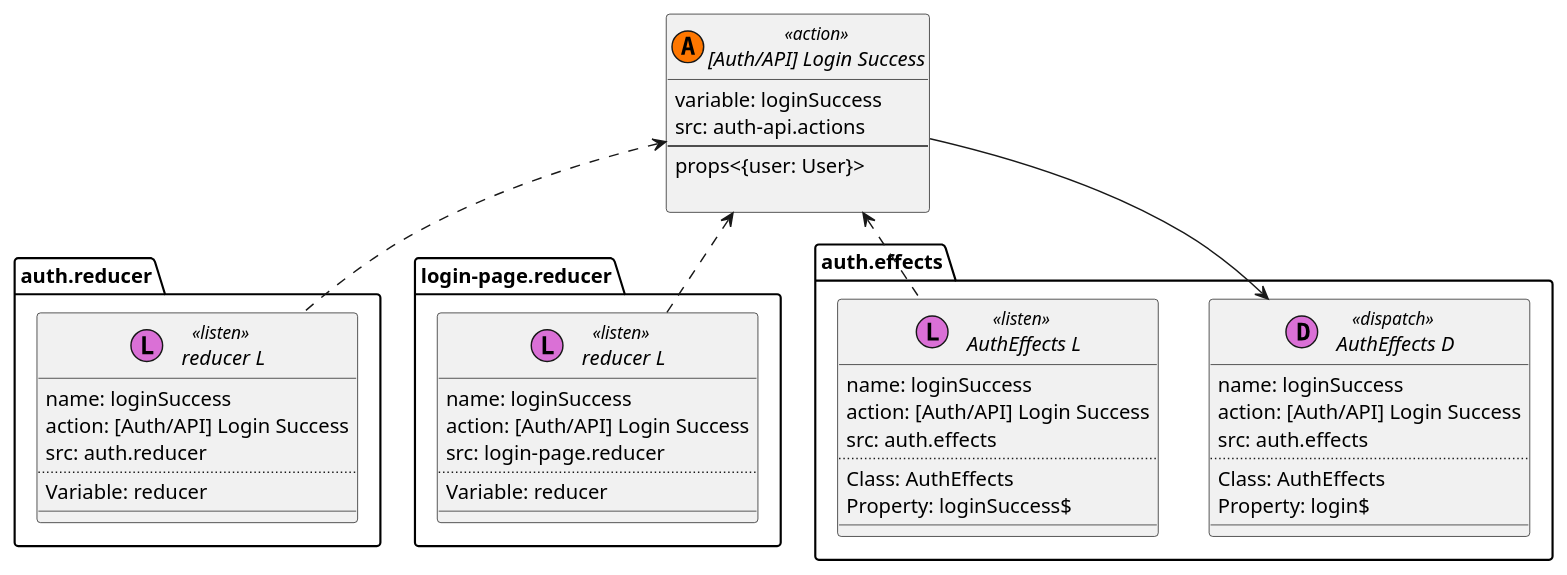
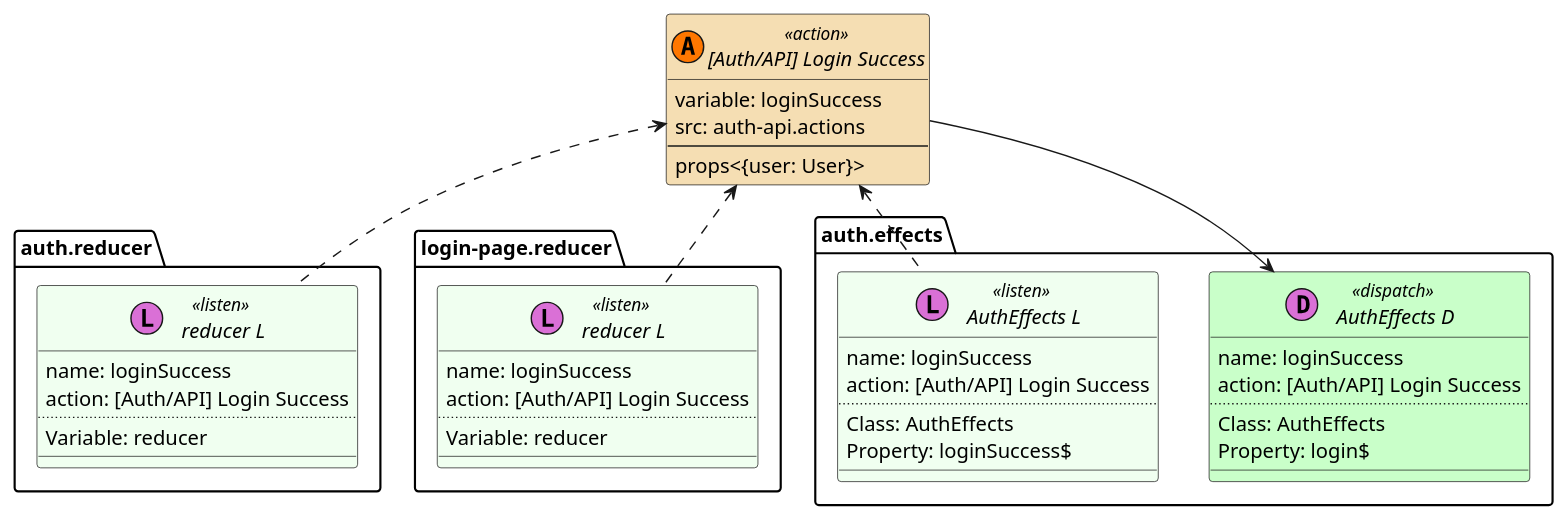
Before and after one commit to immament/ngrx-uml: the diagram in docs/assets/examples/_Auth-API_Login-Success.wsd, drawn with PlantUML. The commit also changed 54 other files, not shown here.

Commit message:
Reducer diagram

```diff
--- a/docs/assets/examples/_Auth-API_Login-Success.wsd
+++ b/docs/assets/examples/_Auth-API_Login-Success.wsd
@@ -1,56 +1,57 @@
 @startuml [Auth/API] Login Success
 
 set namespaceSeparator ::
+skinparam class {
+    BackgroundColor<<listen>> HoneyDew
+    BackgroundColor<<action>> Wheat
+    BackgroundColor<<dispatch>> Technology
+}
 
 interface "[Auth/API] Login Success" << (A,#FF7700) action >> {
     variable: loginSuccess
     src: auth-api.actions
     --
     props<{user: User}>
+}
 
-}
 
 interface "auth.reducer:: reducer L" << (L,orchid) listen >> {
     name: loginSuccess
     action: [Auth/API] Login Success
-    src: auth.reducer
     ..
     Variable: reducer
     __
 }
 "[Auth/API] Login Success" <.down. "auth.reducer:: reducer L"
 
 interface "login-page.reducer:: reducer L" << (L,orchid) listen >> {
     name: loginSuccess
     action: [Auth/API] Login Success
-    src: login-page.reducer
     ..
     Variable: reducer
     __
 }
 "[Auth/API] Login Success" <.down. "login-page.reducer:: reducer L"
 
 interface "auth.effects:: AuthEffects D" << (D,orchid) dispatch >> {
     name: loginSuccess
     action: [Auth/API] Login Success
-    src: auth.effects
     ..
     Class: AuthEffects
     Property: login$
     __
 }
 "[Auth/API] Login Success" -down-> "auth.effects:: AuthEffects D"
 
 interface "auth.effects:: AuthEffects L" << (L,orchid) listen >> {
     name: loginSuccess
     action: [Auth/API] Login Success
-    src: auth.effects
     ..
     Class: AuthEffects
     Property: loginSuccess$
     __
 }
 "[Auth/API] Login Success" <.down. "auth.effects:: AuthEffects L"
 
 
 @enduml
```
